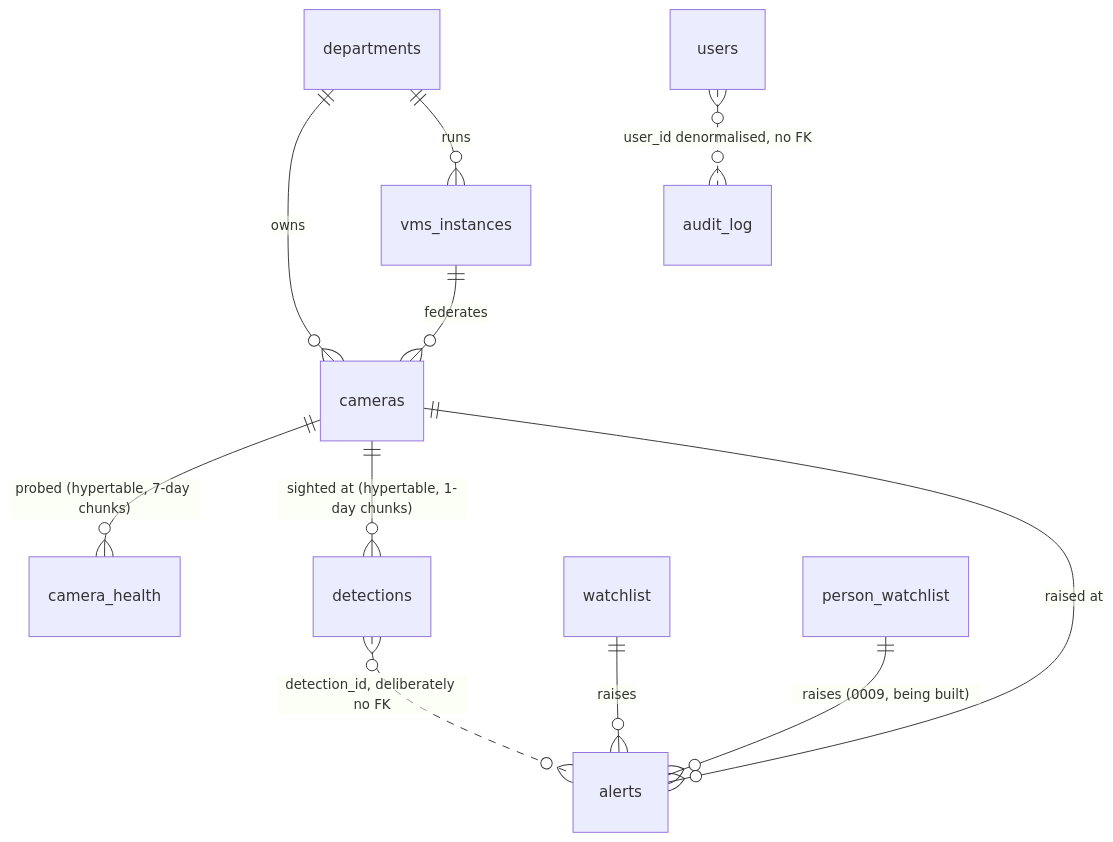
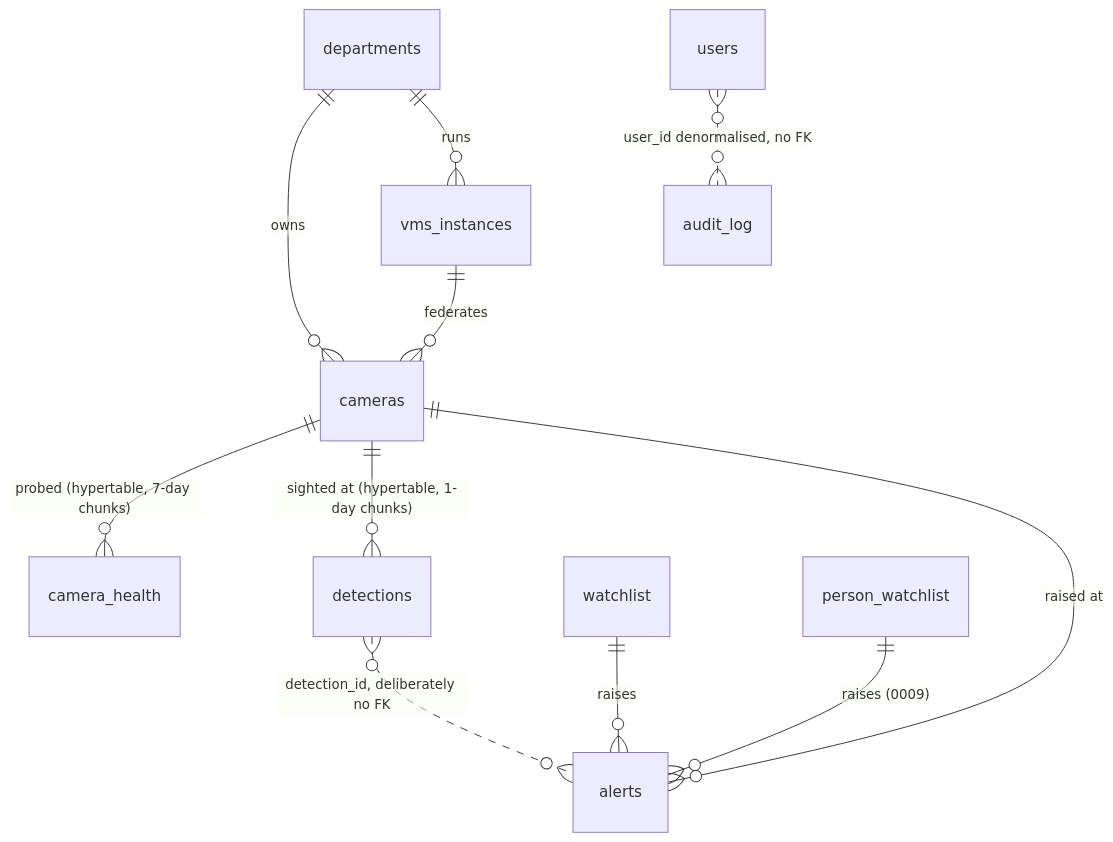
Before and after one commit to makvana-vaibhav/ANPR-Vehicle-Tracking-Trajectory: the third of 5 diagrams in docs/HLD.md, drawn with Mermaid. The commit also changed other lines of this file and 151 other files, not shown here.

````diff
--- a/docs/HLD.md
+++ b/docs/HLD.md
@@ -314,13 +428,13 @@
 ```mermaid
 erDiagram
   departments ||--o{ cameras : owns
   departments ||--o{ vms_instances : runs
   vms_instances ||--o{ cameras : federates
   cameras ||--o{ camera_health : "probed (hypertable, 7-day chunks)"
   cameras ||--o{ detections : "sighted at (hypertable, 1-day chunks)"
   watchlist ||--o{ alerts : raises
-  person_watchlist ||--o{ alerts : "raises (0009, being built)"
+  person_watchlist ||--o{ alerts : "raises (0009)"
   cameras ||--o{ alerts : "raised at"
   detections }o..o{ alerts : "detection_id, deliberately no FK"
   users }o..o{ audit_log : "user_id denormalised, no FK"
 ```
````
